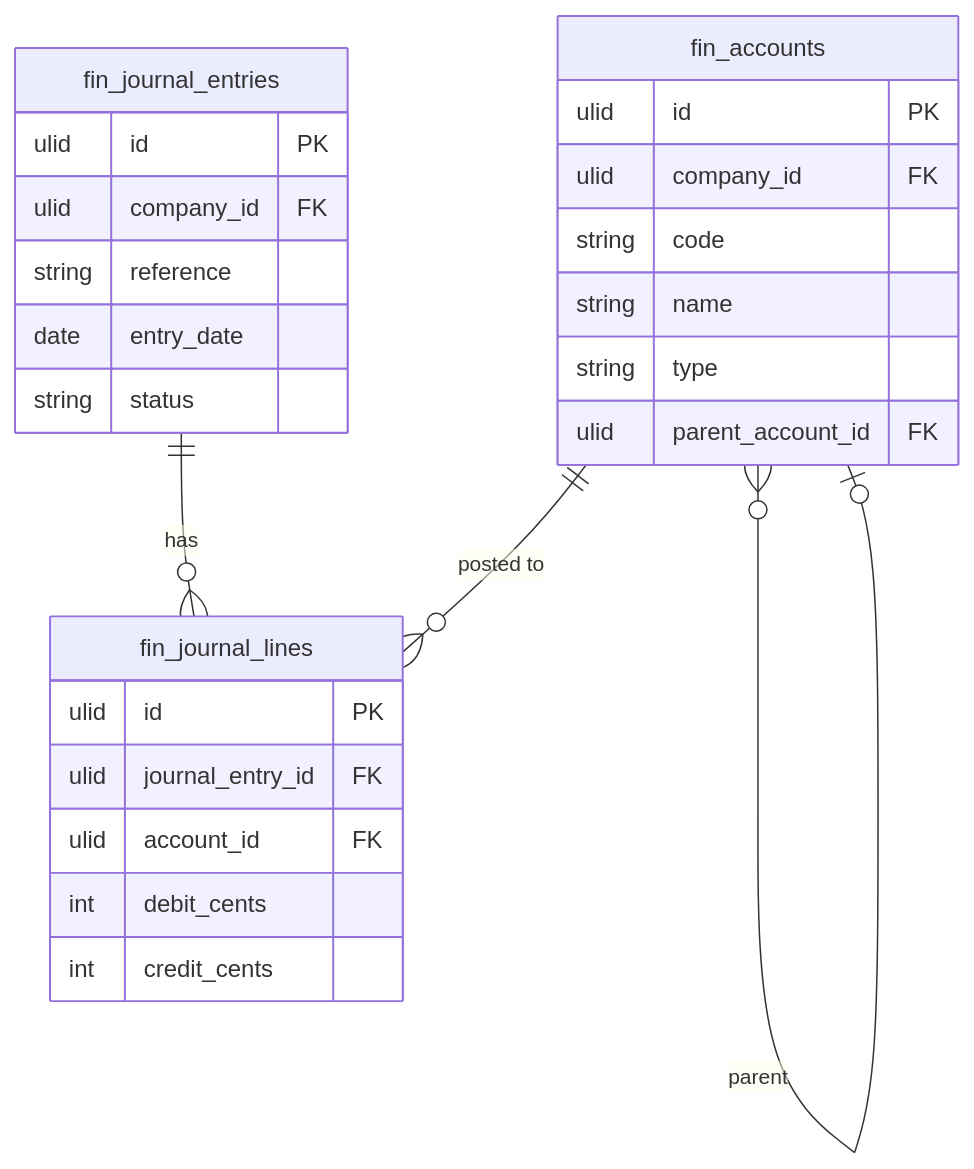
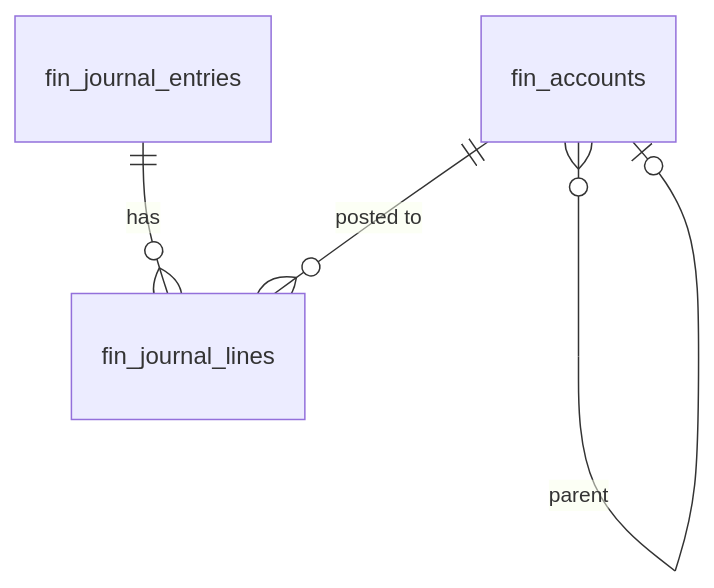
Before and after one commit to Max-Nijenkamp/FlowFlex: the diagram in vault/domains/finance/general-ledger.md, drawn with Mermaid. The commit also changed other lines of this file and 14 other files, not shown here.

````diff
--- a/vault/domains/finance/general-ledger.md
+++ b/vault/domains/finance/general-ledger.md
@@ -36,28 +98,6 @@
 ```mermaid
 erDiagram
-    fin_accounts {
-        ulid id PK
-        ulid company_id FK
-        string code
-        string name
-        string type
-        ulid parent_account_id FK
-    }
-    fin_journal_entries {
-        ulid id PK
-        ulid company_id FK
-        string reference
-        date entry_date
-        string status
-    }
-    fin_journal_lines {
-        ulid id PK
-        ulid journal_entry_id FK
-        ulid account_id FK
-        int debit_cents
-        int credit_cents
-    }
     fin_journal_entries ||--o{ fin_journal_lines : "has"
     fin_accounts ||--o{ fin_journal_lines : "posted to"
     fin_accounts }o--o| fin_accounts : "parent"
 ```
````
